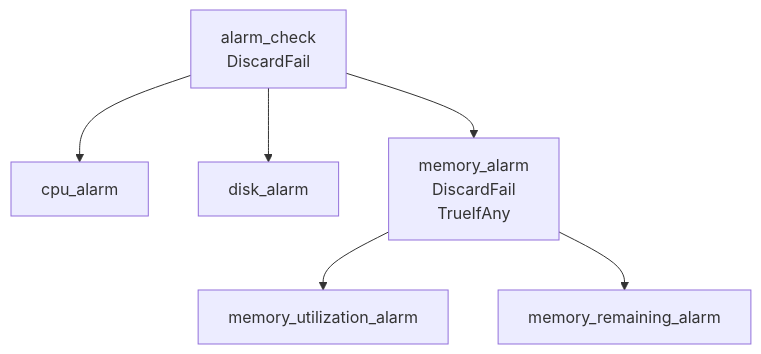
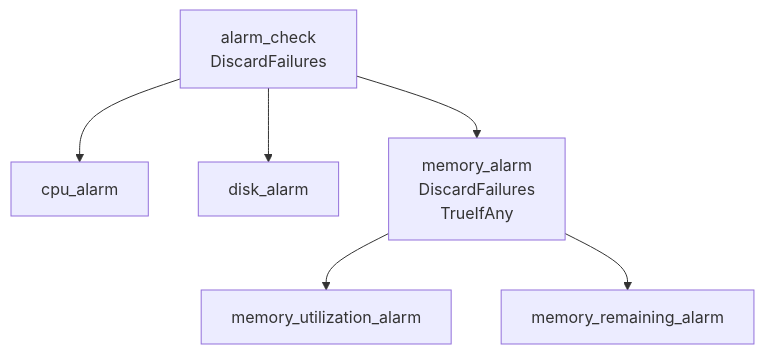
The fourth of 4 diagrams in guide.md (ezachrisen/indigo), drawn with Mermaid before and after one commit. The commit also changed other lines of this file and 4 other files, not shown here.

Commit message:
feat: added the ability to keep the results of failed rules, if their expression is true via the new DiscardOnlyIfExpressionFailed option

````diff
--- a/guide.md
+++ b/guide.md
@@ -1992,9 +1992,9 @@
 ```mermaid
 graph TD;
 
-alarm_check[alarm_check<br>DiscardFail] --> cpu_alarm;
+alarm_check[alarm_check<br>DiscardFailures] --> cpu_alarm;
 alarm_check --> disk_alarm;
-alarm_check --> memory_alarm[memory_alarm<br>DiscardFail<br>TrueIfAny];
+alarm_check --> memory_alarm[memory_alarm<br>DiscardFailures<br>TrueIfAny];
 memory_alarm --> memory_utilization_alarm;
 memory_alarm --> memory_remaining_alarm;
 ```
````
